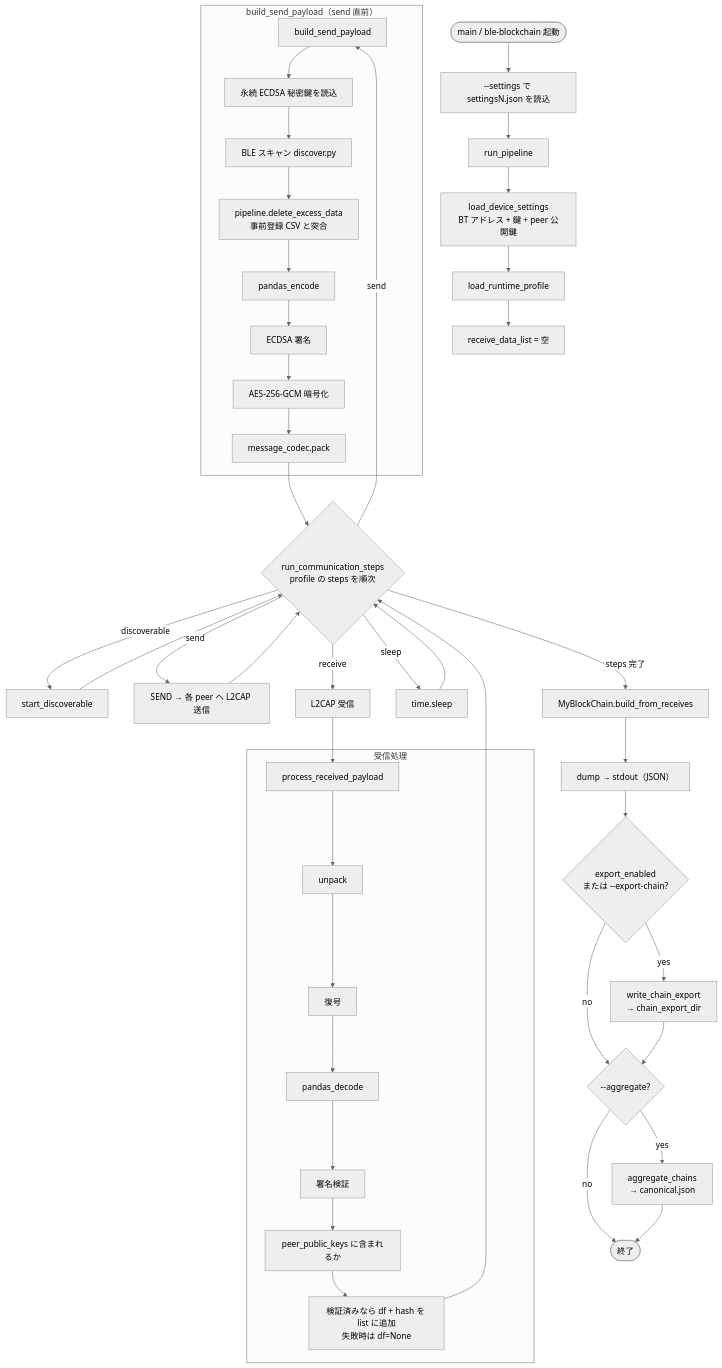
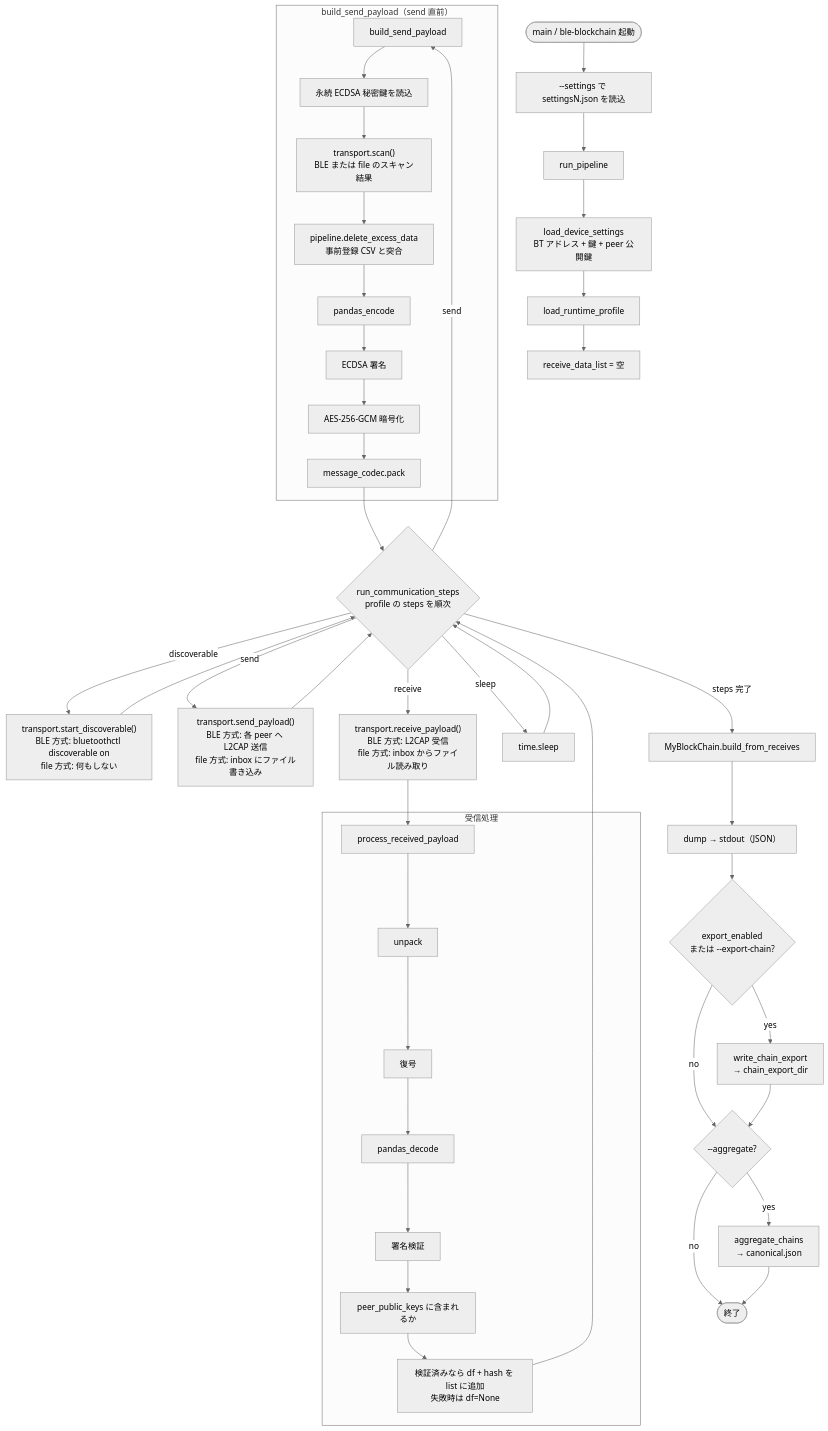
The first of 2 diagrams in README.md (T3pp31/BLE_Blockchain), drawn with Mermaid (neutral theme) before and after one commit. The commit also changed other lines of this file and 11 other files, not shown here.

First line of the commit message:
feat: Raspberry Pi 限定の BLE ロジックを Transport 抽象層で汎用化

````diff
--- a/README.md
+++ b/README.md
@@ -190,52 +231,52 @@
 ```mermaid
 flowchart TD
     Start([main / ble-blockchain 起動]) --> Parse["--settings で settingsN.json を読込"]
     Parse --> RunPipe[run_pipeline]
 
     RunPipe --> LoadSet["load_device_settings<br/>BT アドレス + 鍵 + peer 公開鍵"]
     LoadSet --> LoadProf[load_runtime_profile]
     LoadProf --> InitRecv[receive_data_list = 空]
 
     subgraph build_on_send["build_send_payload（send 直前）"]
         BuildPayload[build_send_payload] --> LoadKey[永続 ECDSA 秘密鍵を読込]
-        LoadKey --> Scan[BLE スキャン discover.py]
+        LoadKey --> Scan["transport.scan()<br/>BLE または file のスキャン結果"]
         Scan --> Filter[pipeline.delete_excess_data<br/>事前登録 CSV と突合]
         Filter --> EncPlain[pandas_encode]
         EncPlain --> Sign[ECDSA 署名]
         Sign --> AES[AES-256-GCM 暗号化]
         AES --> Pack[message_codec.pack]
     end
 
     Pack --> StepsLoop{"run_communication_steps<br/>profile の steps を順次"}
 
-    StepsLoop -->|discoverable| Disc[start_discoverable]
+    StepsLoop -->|discoverable| Disc["transport.start_discoverable()<br/>BLE 方式: bluetoothctl discoverable on<br/>file 方式: 何もしない"]
     StepsLoop -->|send| BuildPayload
-    StepsLoop -->|send| Send["SEND → 各 peer へ L2CAP 送信"]
-    StepsLoop -->|receive| Recv[L2CAP 受信]
+    StepsLoop -->|send| Send["transport.send_payload()<br/>BLE 方式: 各 peer へ L2CAP 送信<br/>file 方式: inbox にファイル書き込み"]
+    StepsLoop -->|receive| Recv["transport.receive_payload()<br/>BLE 方式: L2CAP 受信<br/>file 方式: inbox からファイル読み取り"]
     StepsLoop -->|sleep| Sleep[time.sleep]
 
     Recv --> Proc[process_received_payload]
     subgraph verify["受信処理"]
         Proc --> Unpack[unpack]
         Unpack --> Decrypt[復号]
         Decrypt --> Decode[pandas_decode]
         Decode --> VerifySig[署名検証]
         VerifySig --> TrustKey["peer_public_keys に含まれるか"]
         TrustKey --> Append["検証済みなら df + hash を list に追加<br/>失敗時は df=None"]
     end
 
     Disc --> StepsLoop
     Send --> StepsLoop
     Append --> StepsLoop
     Sleep --> StepsLoop
 
     StepsLoop -->|steps 完了| Chain[MyBlockChain.build_from_receives]
     Chain --> Dump["dump → stdout（JSON）"]
     Dump --> ExportCheck{export_enabled<br/>または --export-chain?}
     ExportCheck -->|yes| Export["write_chain_export<br/>→ chain_export_dir"]
     ExportCheck -->|no| AggCheck
     Export --> AggCheck{--aggregate?}
     AggCheck -->|yes| Aggregate["aggregate_chains<br/>→ canonical.json"]
     AggCheck -->|no| End
     Aggregate --> End([終了])
 ```
````
